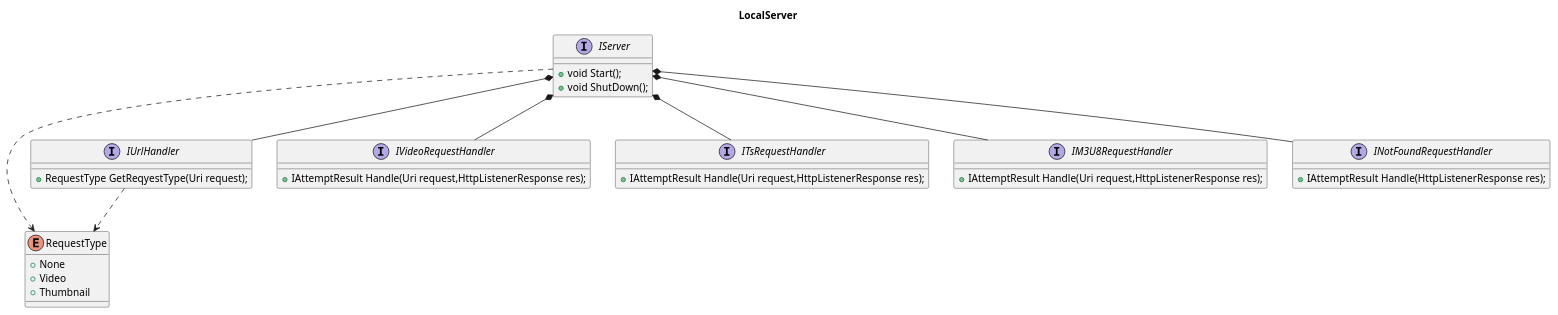
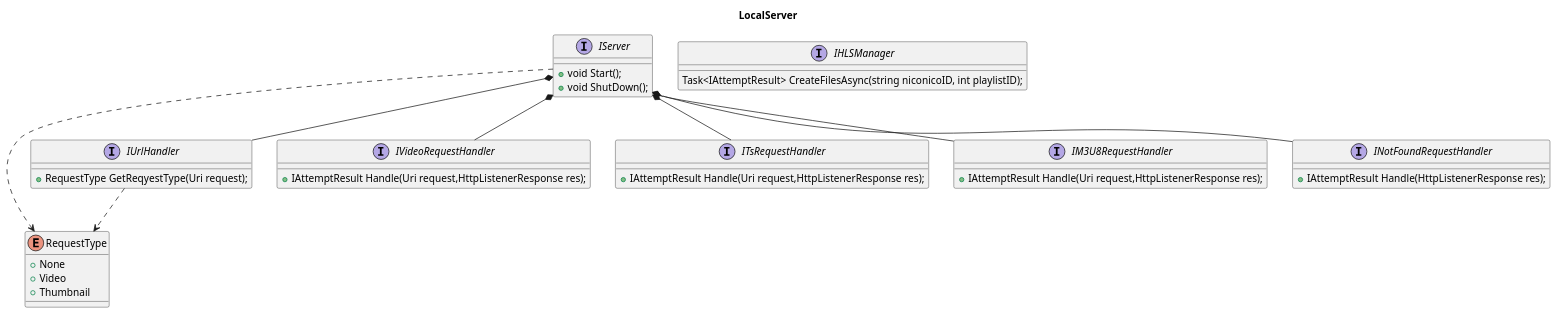
The diagram in Niconicome/Design/LocalServer/LocalServer.pu (Hayao-H/Niconicome), drawn with PlantUML before and after one commit. The commit also changed 1 other file, not shown here.

```diff
--- a/Niconicome/Design/LocalServer/LocalServer.pu
+++ b/Niconicome/Design/LocalServer/LocalServer.pu
@@ -1,44 +1,48 @@
 @startuml LocalServer
 
 title LocalServer
 
 enum RequestType {
     + None
     + Video
     + Thumbnail
 }
 
 interface IServer {
     + void Start();
     + void ShutDown();
+}
+
+interface IHLSManager {
+    Task<IAttemptResult> CreateFilesAsync(string niconicoID, int playlistID);
 }
 
 interface IUrlHandler {
     + RequestType GetReqyestType(Uri request);
 }
 
 interface IVideoRequestHandler {
     + IAttemptResult Handle(Uri request,HttpListenerResponse res);
 }
 
 interface ITsRequestHandler {
     + IAttemptResult Handle(Uri request,HttpListenerResponse res);
 }
 
 interface IM3U8RequestHandler {
     + IAttemptResult Handle(Uri request,HttpListenerResponse res);
 }
 
 interface INotFoundRequestHandler {
     + IAttemptResult Handle(HttpListenerResponse res);
 }
 
 IServer *-- IUrlHandler
 IServer *-- IVideoRequestHandler
 IServer *-- INotFoundRequestHandler
 IServer *-- IM3U8RequestHandler
 IServer *-- ITsRequestHandler
 IServer ..> RequestType
 IUrlHandler ..> RequestType
 
 @enduml
```
